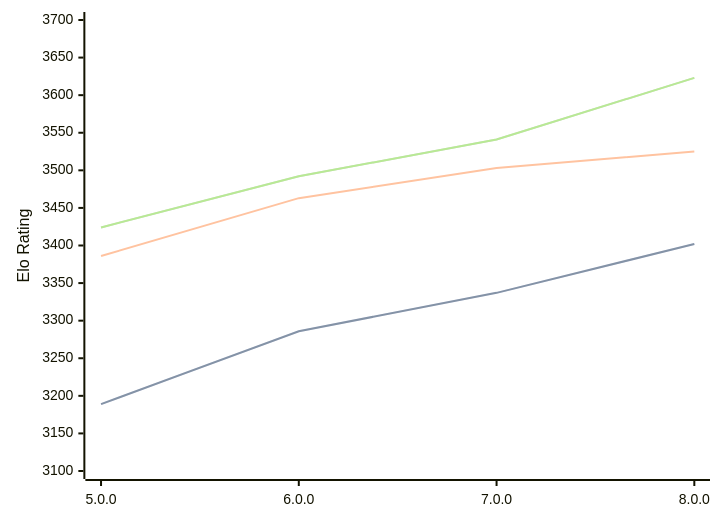
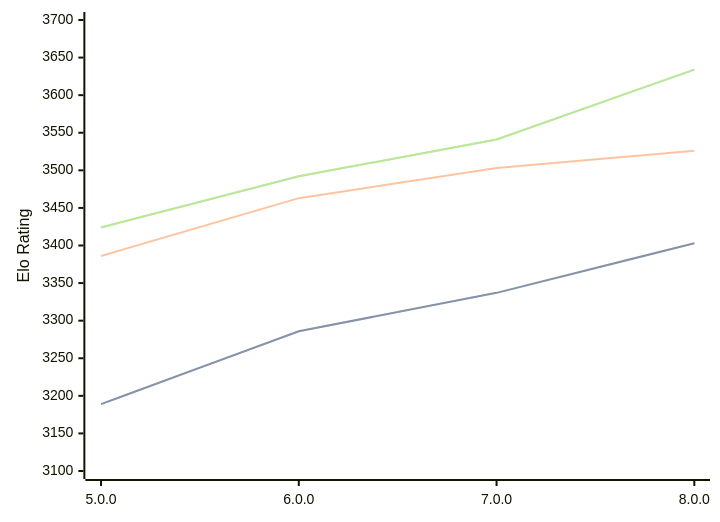
Before and after one commit to computer-chess-index/cci: the first of 3 diagrams in engines/Stormphrax.md, drawn with Mermaid. The commit also changed other lines of this file, not shown here.

Commit message:
Update CCI Ratings (ELO VLTC) - 2026-07-01

````diff
--- a/engines/Stormphrax.md
+++ b/engines/Stormphrax.md
@@ -39,11 +39,11 @@
 ```mermaid
 %%{init: {"theme":"base","themeVariables":{"seriesColors:['#a3a3a3','#222221','#faa371']}}}%%
 xychart-beta
   x-axis ["5.0.0", "6.0.0", "7.0.0", "8.0.0"]
   y-axis "Elo Rating" 3100 --> 3700
-  line "STC (8.0+0.08s)" [3189, 3286, 3337, 3402]
-  line "STC (8.0+0.08s)" [3189, 3286, 3337, 3402]
-  line "LTC (60.0+0.60s)" [3386, 3463, 3503, 3525]
-  line "VLTC (2m24s+1.12s)" [3424, 3492, 3541, 3623]
-  line "VLTC (2m24s+1.12s)" [3424, 3492, 3541, 3623]
+  line "STC (8.0+0.08s)" [3189, 3286, 3337, 3403]
+  line "STC (8.0+0.08s)" [3189, 3286, 3337, 3403]
+  line "LTC (60.0+0.60s)" [3386, 3463, 3503, 3526]
+  line "VLTC (2m24s+1.12s)" [3424, 3492, 3541, 3634]
+  line "VLTC (2m24s+1.12s)" [3424, 3492, 3541, 3634]
 ```
````
